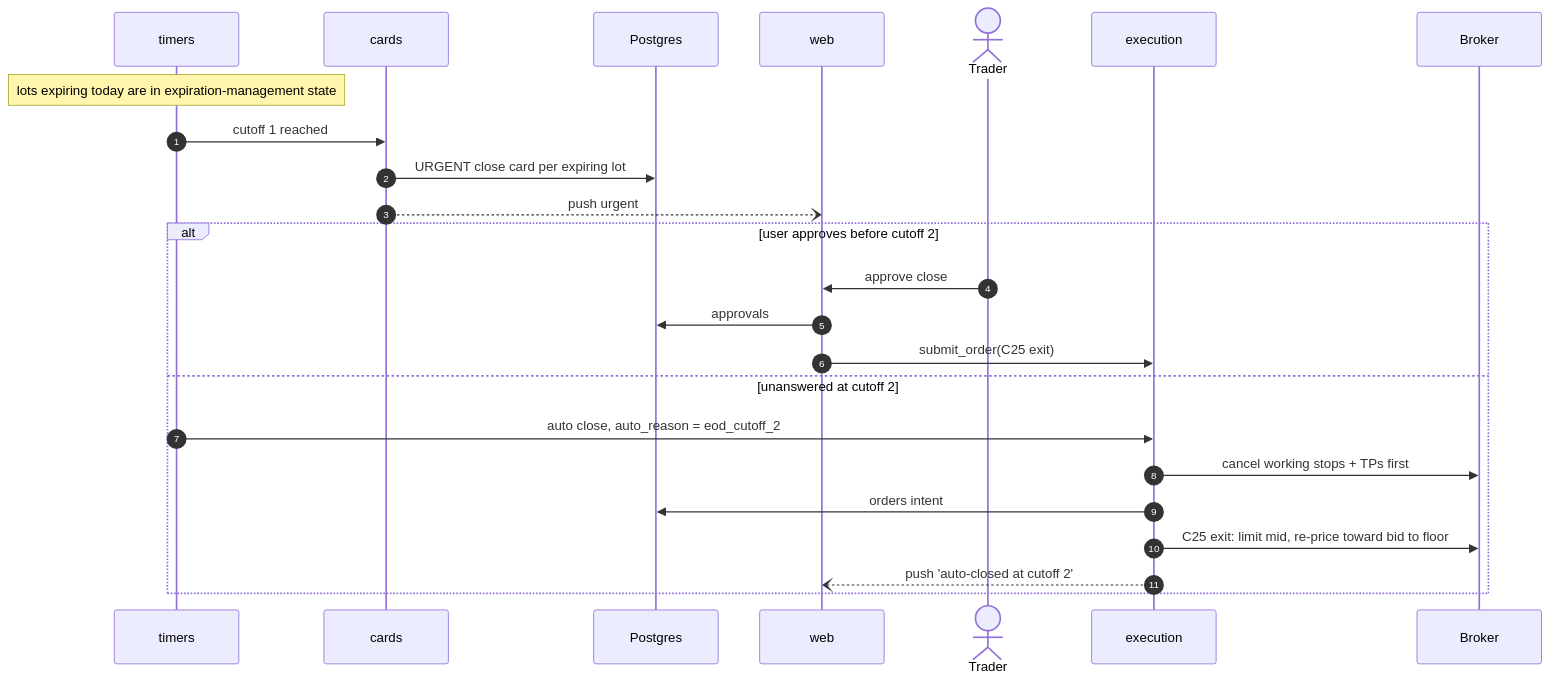
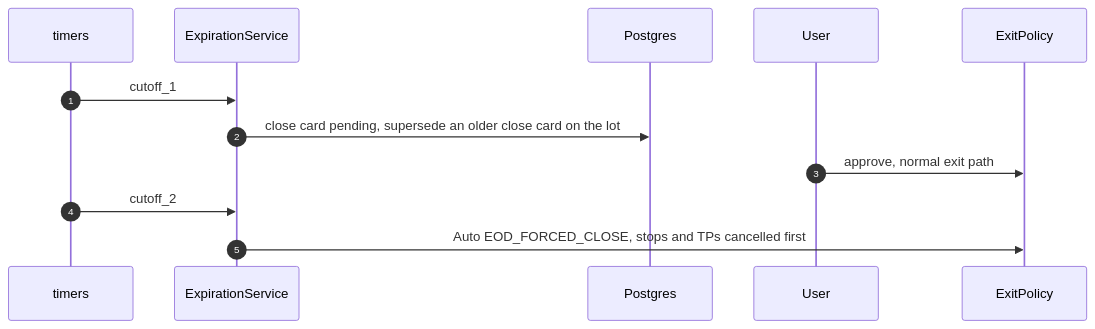
The tenth of 12 diagrams in docs/diagrams/06-sequence-diagrams.md (idolrun/trading-agent), drawn with Mermaid before and after one commit. The commit also changed other lines of this file and 131 other files, not shown here.

First line of the commit message:
docs: update architecture and data flow diagrams for clarity and consistency

````diff
--- a/docs/diagrams/06-sequence-diagrams.md
+++ b/docs/diagrams/06-sequence-diagrams.md
@@ -427,27 +283,15 @@
 ```mermaid
 sequenceDiagram
     autonumber
     participant T as timers
-    participant CD as cards
+    participant E as ExpirationService
     participant DB as Postgres
-    participant W as web
-    actor U as Trader
-    participant X as execution
-    participant B as Broker
+    participant U as User
+    participant X as ExitPolicy
 
-    Note over T: lots expiring today are in expiration-management state
-    T->>CD: cutoff 1 reached
-    CD->>DB: URGENT close card per expiring lot
-    CD--)W: push urgent
-    alt user approves before cutoff 2
-        U->>W: approve close
-        W->>DB: approvals
-        W->>X: submit_order(C25 exit)
-    else unanswered at cutoff 2
-        T->>X: auto close, auto_reason = eod_cutoff_2
-        X->>B: cancel working stops + TPs first
-        X->>DB: orders intent
-        X->>B: C25 exit: limit mid, re-price toward bid to floor
-        X--)W: push 'auto-closed at cutoff 2'
-    end
+    T->>E: cutoff_1
+    E->>DB: close card pending, supersede an older close card on the lot
+    U->>X: approve, normal exit path
+    T->>E: cutoff_2
+    E->>X: Auto EOD_FORCED_CLOSE, stops and TPs cancelled first
 ```
````
